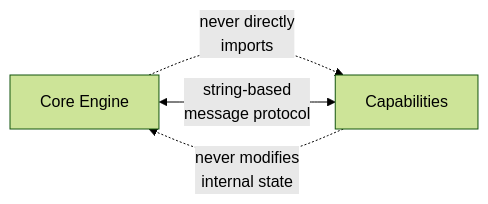
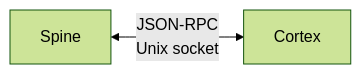
The second of 4 diagrams in docs/docs/ARCHITECTURE.md (Redna/talos_runtime), drawn with Mermaid (forest theme) before and after one commit. The commit also changed other lines of this file and 4 other files, not shown here.

````diff
--- a/docs/docs/ARCHITECTURE.md
+++ b/docs/docs/ARCHITECTURE.md
@@ -55,6 +61,4 @@
 ```mermaid
 graph LR
-    C["Core Engine"] -.->|"never directly<br/>imports"| M["Capabilities"]
-    M -.->|"never modifies<br/>internal state"| C
-    C <-->|"string-based<br/>message protocol"| M
+    SPINE["Spine"] <-->|"JSON-RPC<br/>Unix socket"| CORTEX["Cortex"]
 ```
````
